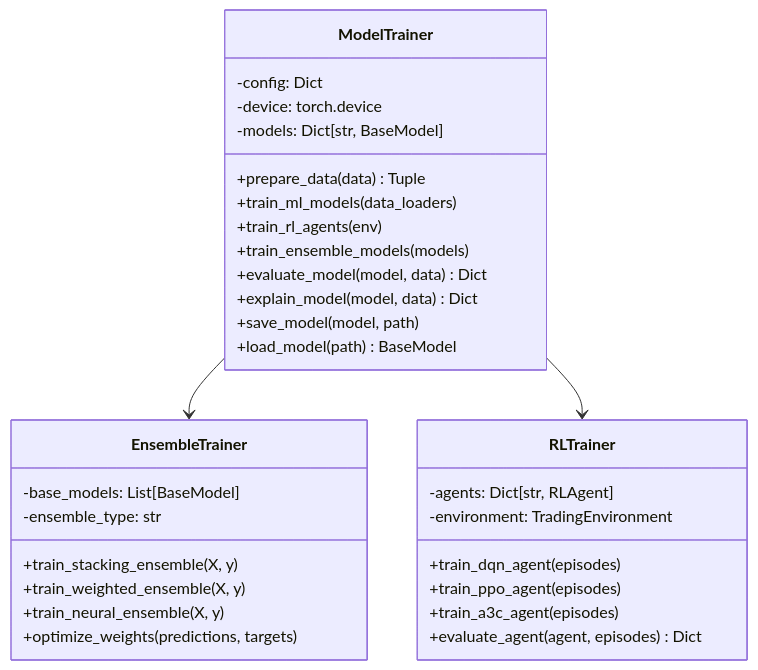
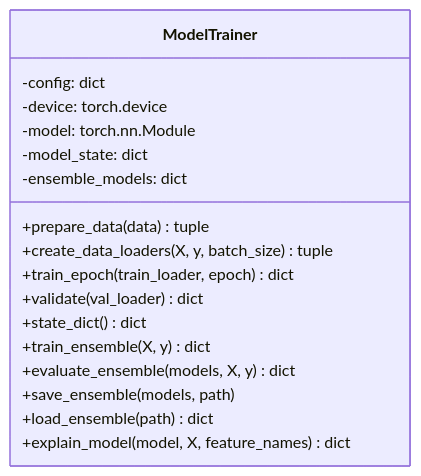
The third of 9 diagrams in docs/training.md (cluster2600/ELVIS), drawn with Mermaid before and after one commit. The commit also changed other lines of this file and 60 other files, not shown here.

````diff
--- a/docs/training.md
+++ b/docs/training.md
@@ -156,37 +159,20 @@
 ```mermaid
 classDiagram
     class ModelTrainer {
-        -config: Dict
+        -config: dict
         -device: torch.device
-        -models: Dict[str, BaseModel]
-        +prepare_data(data) Tuple
-        +train_ml_models(data_loaders)
-        +train_rl_agents(env)
-        +train_ensemble_models(models)
-        +evaluate_model(model, data) Dict
-        +explain_model(model, data) Dict
-        +save_model(model, path)
-        +load_model(path) BaseModel
+        -model: torch.nn.Module
+        -model_state: dict
+        -ensemble_models: dict
+        +prepare_data(data) tuple
+        +create_data_loaders(X, y, batch_size) tuple
+        +train_epoch(train_loader, epoch) dict
+        +validate(val_loader) dict
+        +state_dict() dict
+        +train_ensemble(X, y) dict
+        +evaluate_ensemble(models, X, y) dict
+        +save_ensemble(models, path)
+        +load_ensemble(path) dict
+        +explain_model(model, X, feature_names) dict
     }
-    
-    class EnsembleTrainer {
-        -base_models: List[BaseModel]
-        -ensemble_type: str
-        +train_stacking_ensemble(X, y)
-        +train_weighted_ensemble(X, y)
-        +train_neural_ensemble(X, y)
-        +optimize_weights(predictions, targets)
-    }
-    
-    class RLTrainer {
-        -agents: Dict[str, RLAgent]
-        -environment: TradingEnvironment
-        +train_dqn_agent(episodes)
-        +train_ppo_agent(episodes)
-        +train_a3c_agent(episodes)
-        +evaluate_agent(agent, episodes) Dict
-    }
-    
-    ModelTrainer --> EnsembleTrainer
-    ModelTrainer --> RLTrainer
 ```
````
